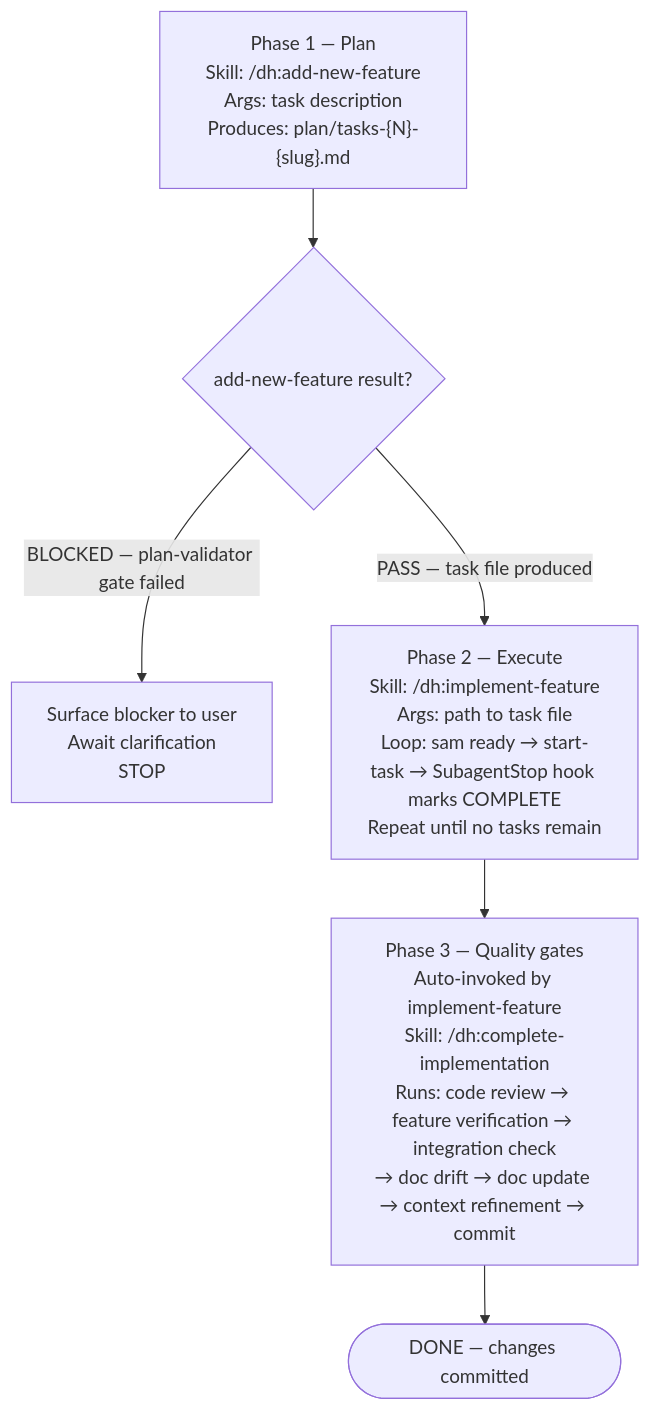
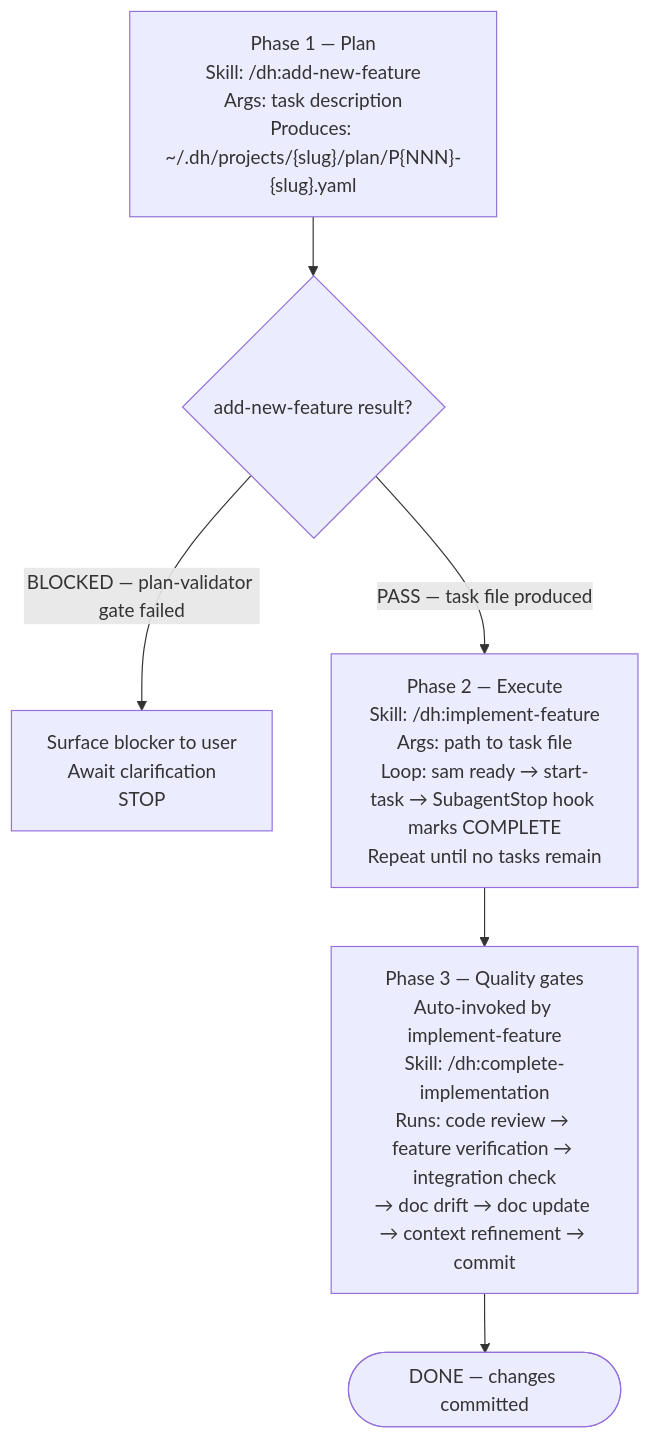
One commit to chgreer1070/claude_skills changed the second of 2 diagrams in plugins/python3-development/skills/orchestrate/SKILL.md. Above: the diagram before and after it, drawn with Mermaid. The commit also changed 47 other files, not shown here.

````diff
--- a/plugins/python3-development/skills/orchestrate/SKILL.md
+++ b/plugins/python3-development/skills/orchestrate/SKILL.md
@@ -41,10 +41,10 @@
 ```mermaid
 flowchart TD
-    P1["Phase 1 — Plan<br>Skill: /dh:add-new-feature<br>Args: task description<br>Produces: plan/tasks-{N}-{slug}.md"]
+    P1["Phase 1 — Plan<br>Skill: /dh:add-new-feature<br>Args: task description<br>Produces: ~/.dh/projects/{slug}/plan/P{NNN}-{slug}.yaml"]
     P1 --> P1Q{"add-new-feature result?"}
     P1Q -->|"BLOCKED — plan-validator gate failed"| P1Blocked["Surface blocker to user<br>Await clarification<br>STOP"]
     P1Q -->|"PASS — task file produced"| P2
     P2["Phase 2 — Execute<br>Skill: /dh:implement-feature<br>Args: path to task file<br>Loop: sam ready → start-task → SubagentStop hook marks COMPLETE<br>Repeat until no tasks remain"]
     P2 --> P3["Phase 3 — Quality gates<br>Auto-invoked by implement-feature<br>Skill: /dh:complete-implementation<br>Runs: code review → feature verification → integration check<br>→ doc drift → doc update → context refinement → commit"]
     P3 --> Done(["DONE — changes committed"])
 ```
````
